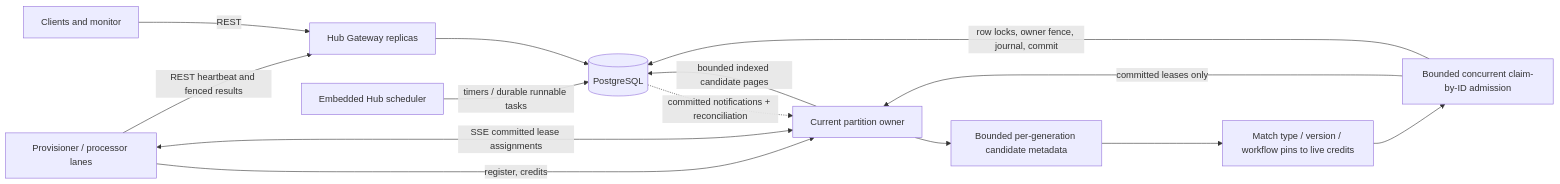
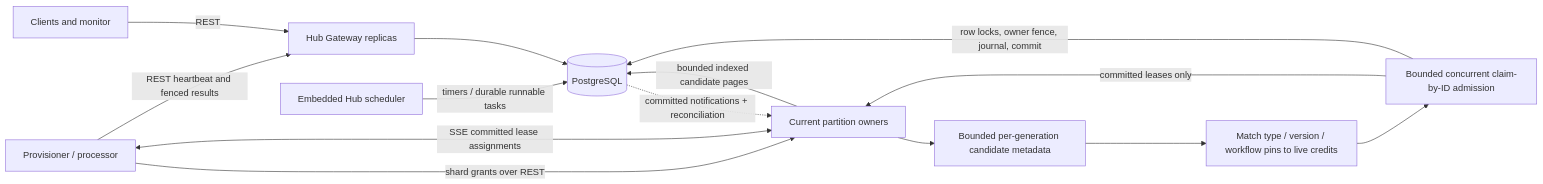
The diagram in scaling/docs/current-runtime.md (thanhhaictld/workflow-core), drawn with Mermaid before and after one commit. The commit also changed other lines of this file and 26 other files, not shown here.

````diff
--- a/scaling/docs/current-runtime.md
+++ b/scaling/docs/current-runtime.md
@@ -16,16 +16,16 @@
 ```mermaid
 flowchart LR
     API[Clients and monitor] -->|REST| GW[Hub Gateway replicas]
-    PR[Provisioner / processor lanes] -->|register, credits| OWN[Current partition owner]
+    PR[Provisioner / processor] -->|shard grants over REST| OWN[Current partition owners]
     PR <-->|SSE committed lease assignments| OWN
     PR -->|REST heartbeat and fenced results| GW
     GW --> PG[(PostgreSQL)]
     OWN -->|bounded indexed candidate pages| PG
     OWN --> BUF[Bounded per-generation candidate metadata]
     BUF --> MATCH[Match type / version / workflow pins to live credits]
     MATCH --> ADMIT[Bounded concurrent claim-by-ID admission]
     ADMIT -->|row locks, owner fence, journal, commit| PG
     ADMIT -->|committed leases only| OWN
     TIMER[Embedded Hub scheduler] -->|timers / durable runnable tasks| PG
     PG -.->|committed notifications + reconciliation| OWN
 ```
````
